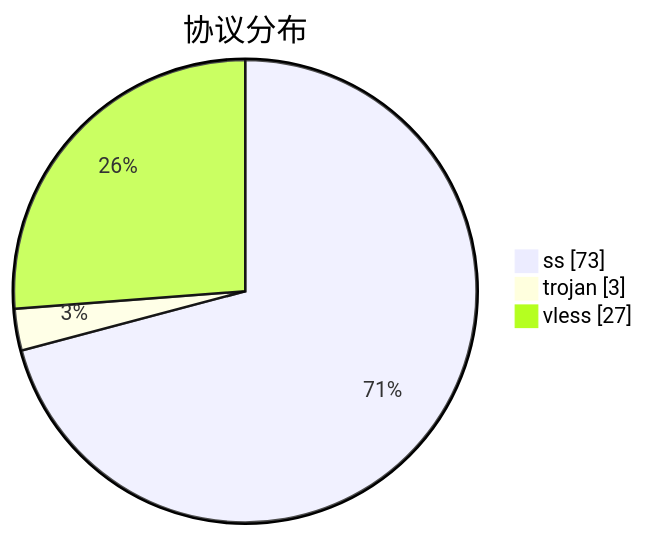
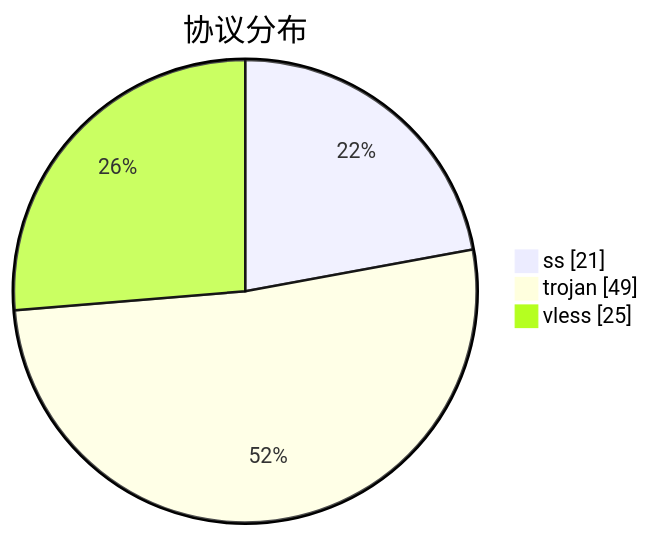
One commit to qjlxg/airport changed the third of 3 diagrams in subs/statistics/tested_within.md. Above: the diagram before and after it, drawn with Mermaid. The commit also changed other lines of this file and 2 other files, not shown here.

````diff
--- a/subs/statistics/tested_within.md
+++ b/subs/statistics/tested_within.md
@@ -30,7 +25,7 @@
 ```mermaid
 pie showData
 title 协议分布
-"ss" : 73
-"trojan" : 3
-"vless" : 27
+"ss" : 21
+"trojan" : 49
+"vless" : 25
 ```
````
